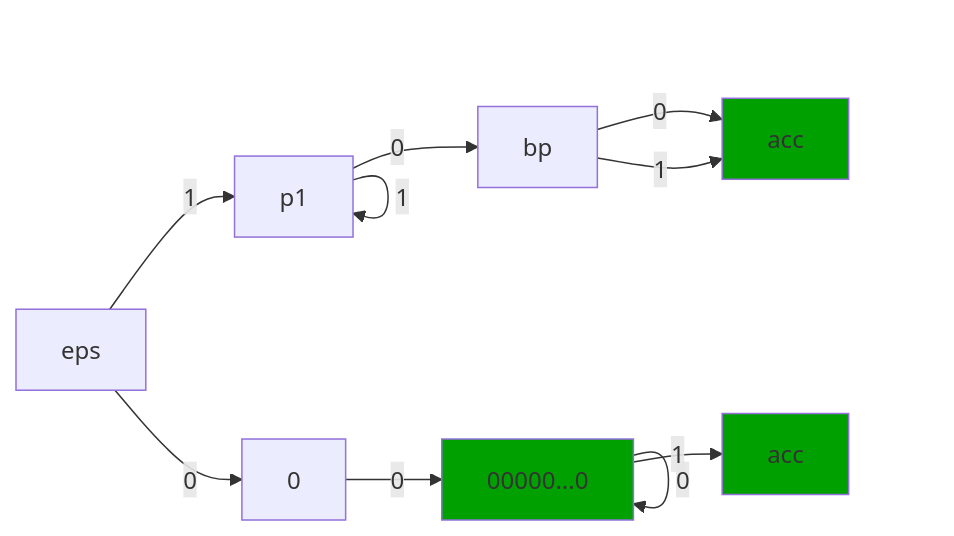
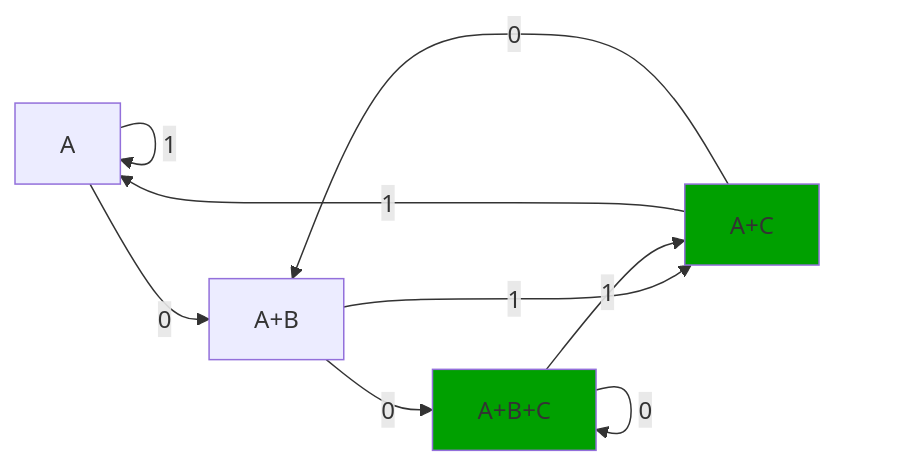
Before and after one commit to zbigos/KOMPI2020: the fourth of 5 diagrams in cwiczenia1.md, drawn with Mermaid. The commit also changed other lines of this file, not shown here.

````diff
--- a/cwiczenia1.md
+++ b/cwiczenia1.md
@@ -62,19 +84,15 @@
 ```mermaid
 graph LR;
-    eps-->|1|p1;
-    eps-->|0|succ0;
-    succ0[0]-->|0|succ00;
-    succ00[00000...0]-->|0|succ00;
-    succ00-->|1|a[acc];
-    
-    p1-->|1|p1;
+    A-->|1|A;
+    A-->|0|A+B;
+    A+B-->|1|A+C;
+    A+B-->|0|A+B+C;
+    A+C-->|1|A;
+    A+C-->|0|A+B;
+    A+B+C-->|1|A+C;
+    A+B+C-->|0|A+B+C;
 
-    p1-->|0|bp;
-    bp-->|0|acc;
-    bp-->|1|acc;
-    
+style A+C fill:#00a000
+style A+B+C fill:#00a000
 
-style acc fill:#00a000
-style succ00 fill:#00a000
-style a fill:#00a000
 ```
````
